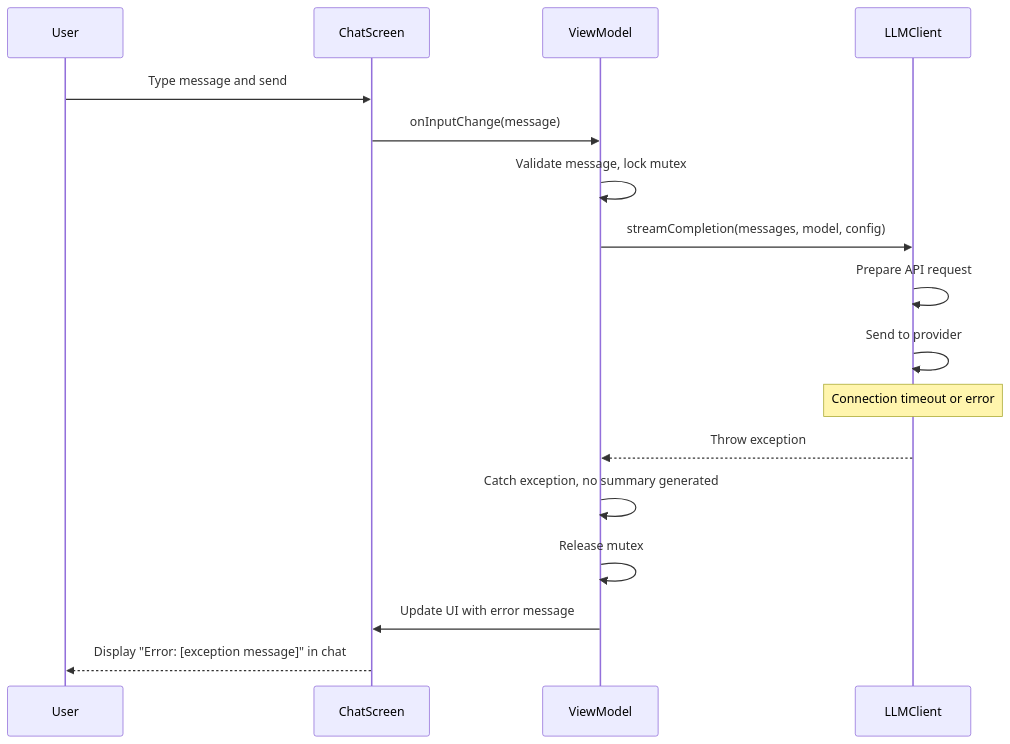
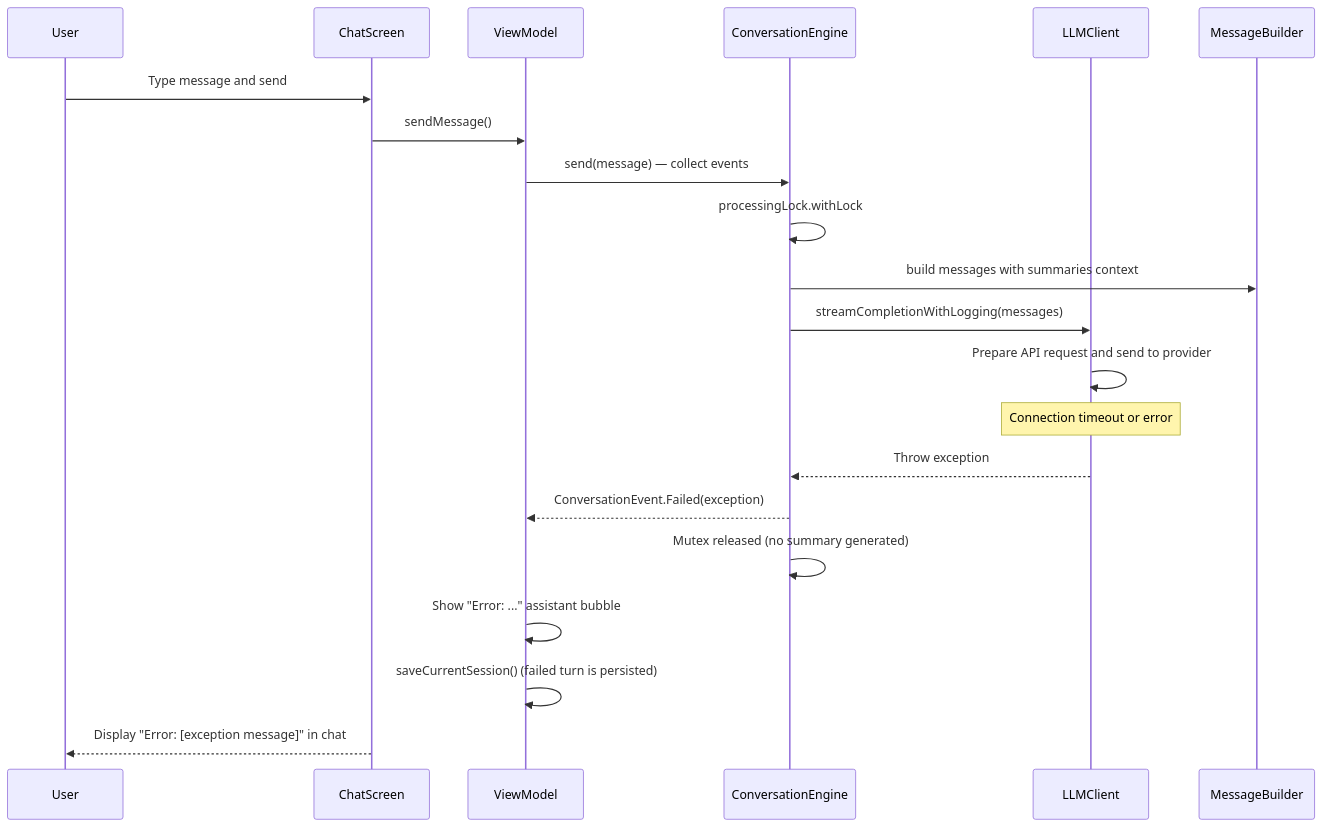
Before and after one commit to lehoang318/buddy: the seventh of 11 diagrams in docs/seq_chat.md, drawn with Mermaid. The commit also changed other lines of this file and 11 other files, not shown here.

````diff
--- a/docs/seq_chat.md
+++ b/docs/seq_chat.md
@@ -212,20 +215,23 @@
 ```mermaid
 sequenceDiagram
     participant User
     participant ChatScreen
     participant ViewModel
+    participant Engine as ConversationEngine
     participant LLMClient
 
     User->>ChatScreen: Type message and send
-    ChatScreen->>ViewModel: onInputChange(message)
-    ViewModel->>ViewModel: Validate message, lock mutex
-    ViewModel->>LLMClient: streamCompletion(messages, model, config)
-    LLMClient->>LLMClient: Prepare API request
-    LLMClient->>LLMClient: Send to provider
+    ChatScreen->>ViewModel: sendMessage()
+    ViewModel->>Engine: send(message) — collect events
+    Engine->>Engine: processingLock.withLock
+    Engine->>MessageBuilder: build messages with summaries context
+    Engine->>LLMClient: streamCompletionWithLogging(messages)
+    LLMClient->>LLMClient: Prepare API request and send to provider
     Note over LLMClient: Connection timeout or error
-    LLMClient-->>ViewModel: Throw exception
-    ViewModel->>ViewModel: Catch exception, no summary generated
-    ViewModel->>ViewModel: Release mutex
-    ViewModel->>ChatScreen: Update UI with error message
+    LLMClient-->>Engine: Throw exception
+    Engine-->>ViewModel: ConversationEvent.Failed(exception)
+    Engine->>Engine: Mutex released (no summary generated)
+    ViewModel->>ViewModel: Show "Error: ..." assistant bubble
+    ViewModel->>ViewModel: saveCurrentSession() (failed turn is persisted)
     ChatScreen-->>User: Display "Error: [exception message]" in chat
 ```
````
